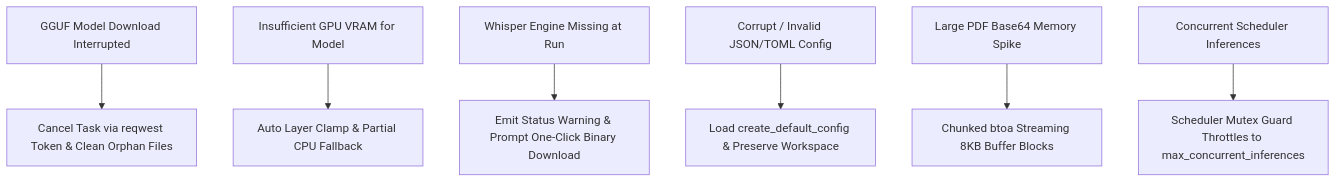
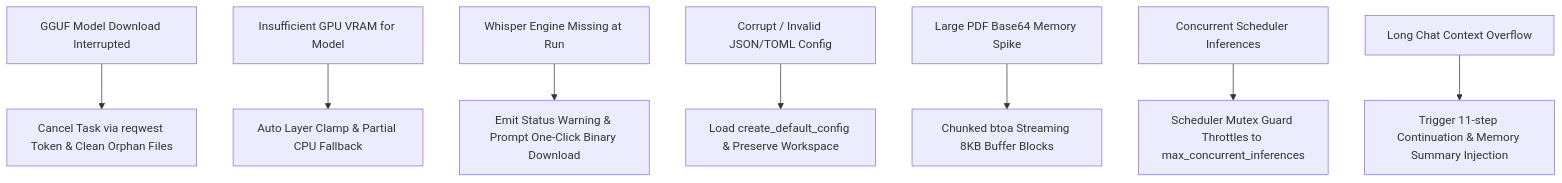
One commit to zishan049/Composer changed the tenth of 11 diagrams in PRD.md. Above: the diagram before and after it, drawn with Mermaid. The commit also changed other lines of this file and 25 other files, not shown here.

````diff
--- a/PRD.md
+++ b/PRD.md
@@ -784,9 +878,10 @@
 ```mermaid
 flowchart TD
     E1[GGUF Model Download Interrupted] --> R1[Cancel Task via reqwest Token & Clean Orphan Files]
     E2[Insufficient GPU VRAM for Model] --> R2[Auto Layer Clamp & Partial CPU Fallback]
     E3[Whisper Engine Missing at Run] --> R3[Emit Status Warning & Prompt One-Click Binary Download]
     E4[Corrupt / Invalid JSON/TOML Config] --> R4[Load create_default_config & Preserve Workspace]
     E5[Large PDF Base64 Memory Spike] --> R5[Chunked btoa Streaming 8KB Buffer Blocks]
     E6[Concurrent Scheduler Inferences] --> R6[Scheduler Mutex Guard Throttles to max_concurrent_inferences]
+    E7[Long Chat Context Overflow] --> R7[Trigger 11-step Continuation & Memory Summary Injection]
 ```
````
